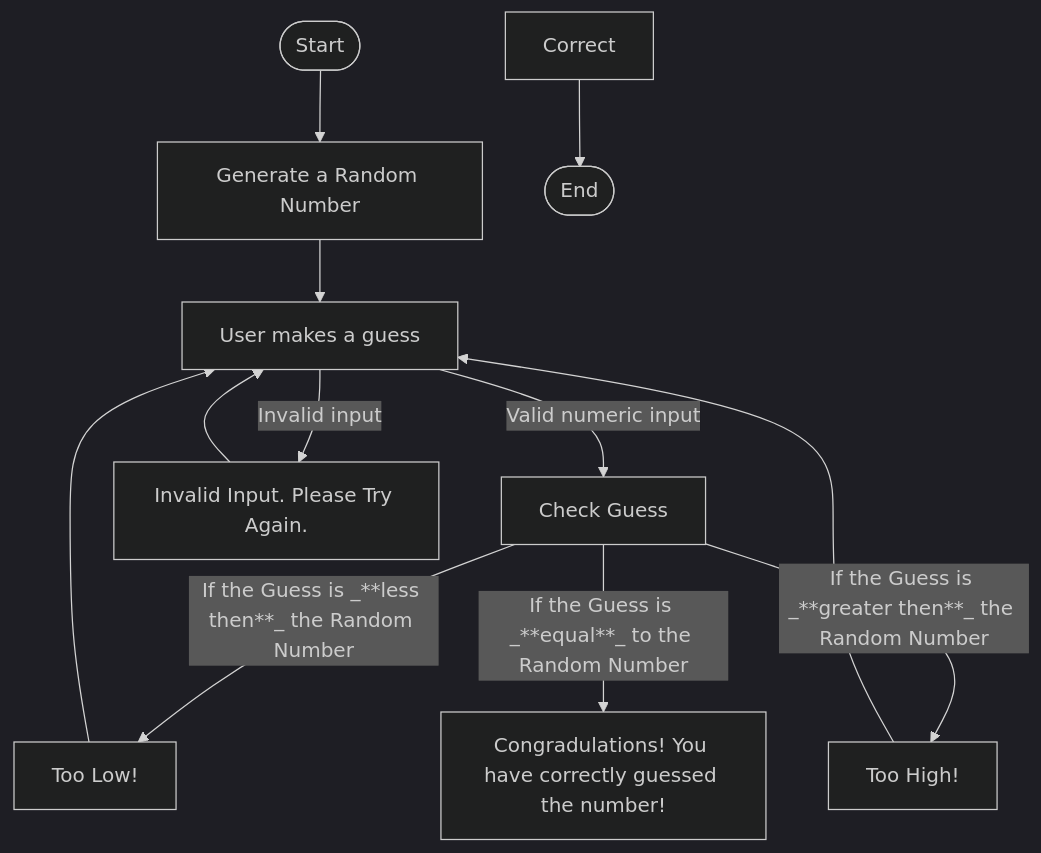
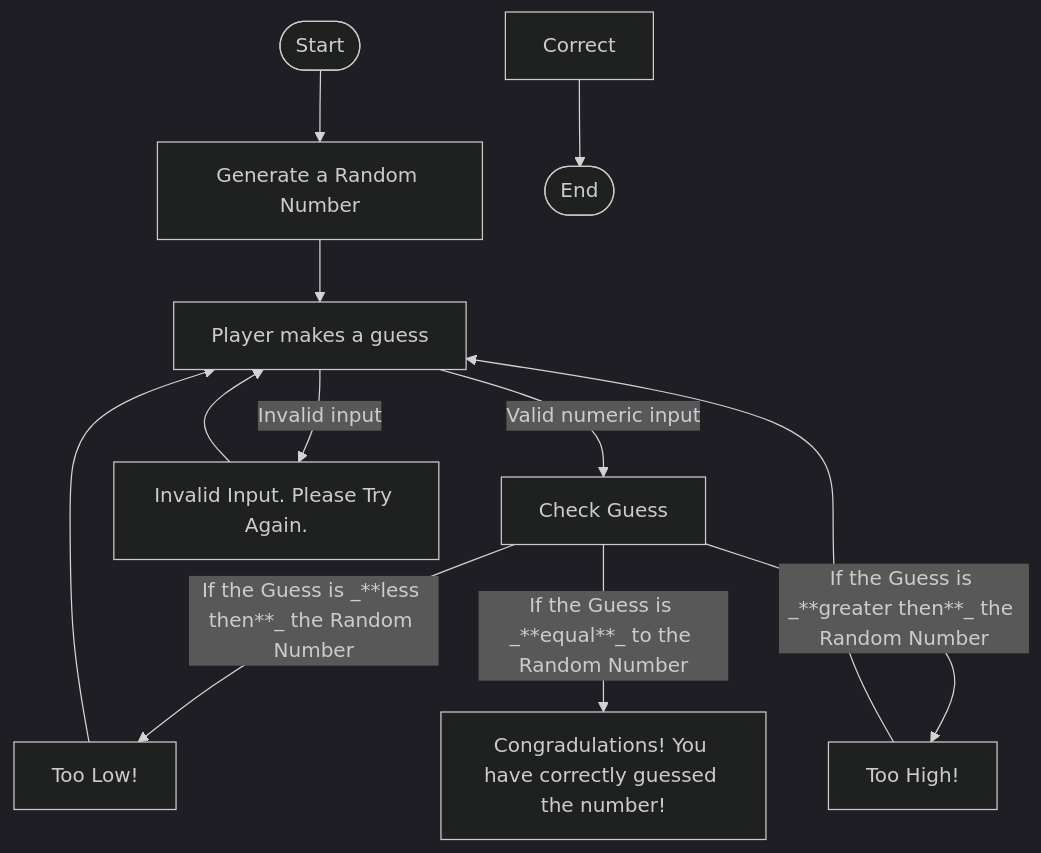
One commit to BrandonH972/BrandonH972.github.io changed the diagram in Guessing.md. Above: the diagram before and after it, drawn with Mermaid (dark theme). The commit also changed other lines of this file, not shown here.

````diff
--- a/Guessing.md
+++ b/Guessing.md
@@ -3,17 +3,17 @@
 ```mermaid
 flowchart TD
   Start([Start]) --> A[Generate a Random Number]
-  A --> B[User makes a guess]
+  A --> B[Player makes a guess]
 
   B --> |Valid numeric input| Compare[Check Guess]
   B --> |Invalid input| Error[Invalid Input. Please Try Again.]
   Error --> B
 
   Compare --> |If the Guess is _**less then**_ the Random Number| Low[Too Low!]
   Compare --> |If the Guess is _**greater then**_ the Random Number| High[Too High!]
   Compare --> |If the Guess is _**equal**_ to the Random Number| Win[Congradulations! You have correctly guessed the number!]
 
   Low --> B
   High --> B
   Correct --> End([End])
 ```
````
